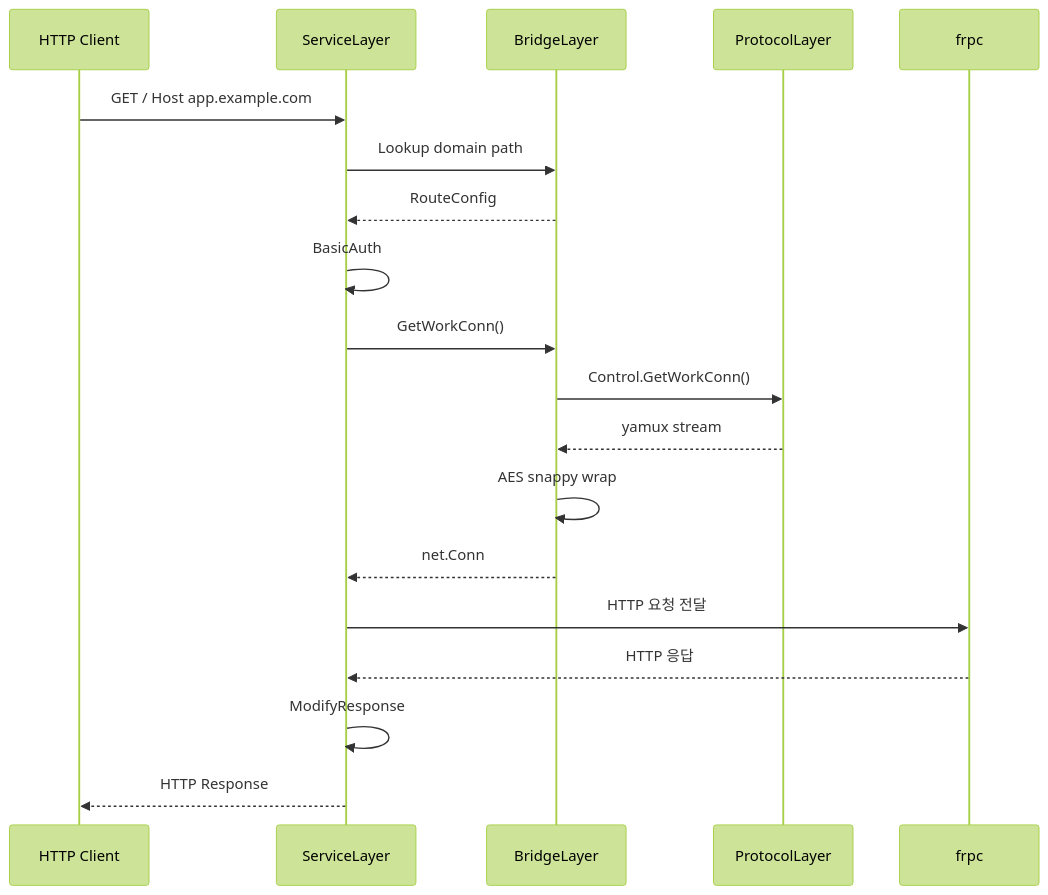
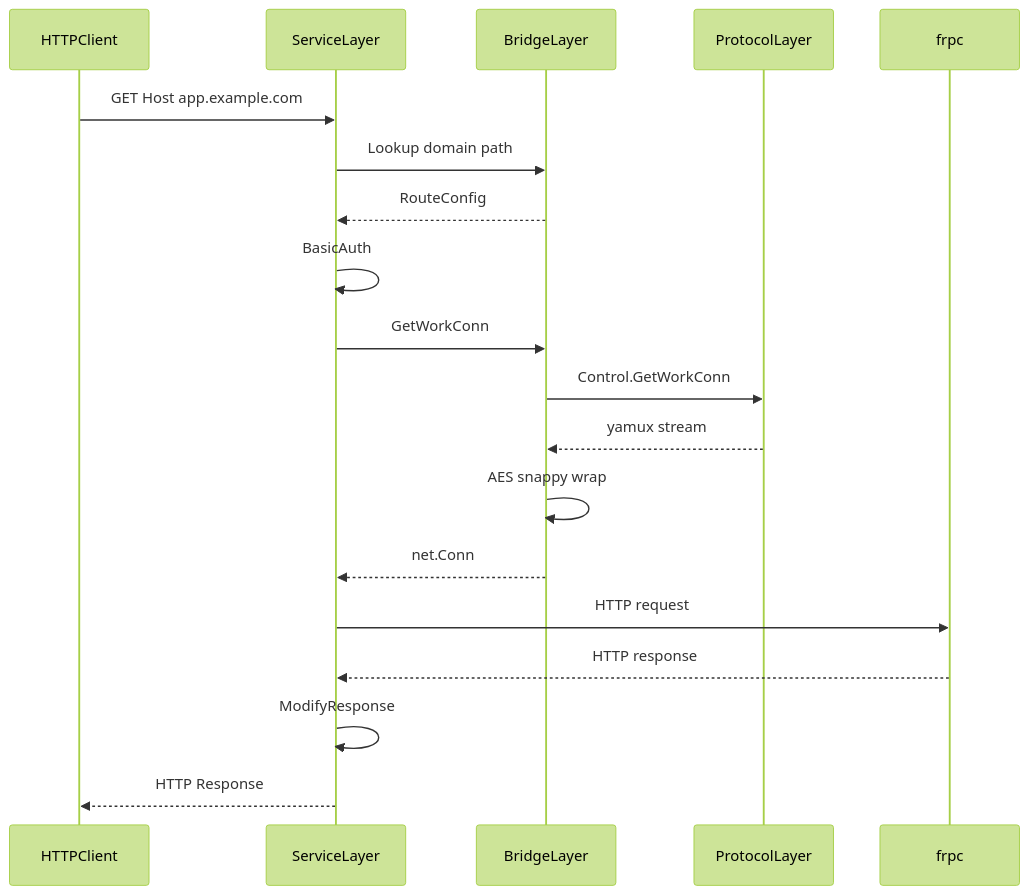
Before and after one commit to cagojeiger/drp: the second of 4 diagrams in docs/architecture/overview.md, drawn with Mermaid (forest theme). The commit also changed other lines of this file and 3 other files, not shown here.

First line of the commit message:
fix(docs): rewrite all Mermaid diagrams for VS Code compatibility

````diff
--- a/docs/architecture/overview.md
+++ b/docs/architecture/overview.md
@@ -43,22 +43,22 @@
 ```mermaid
 sequenceDiagram
-    participant C as HTTP Client
+    participant C as HTTPClient
     participant S as ServiceLayer
     participant B as BridgeLayer
     participant P as ProtocolLayer
     participant F as frpc
 
-    C->>S: GET / Host app.example.com
+    C->>S: GET Host app.example.com
     S->>B: Lookup domain path
     B-->>S: RouteConfig
     S->>S: BasicAuth
-    S->>B: GetWorkConn()
-    B->>P: Control.GetWorkConn()
+    S->>B: GetWorkConn
+    B->>P: Control.GetWorkConn
     P-->>B: yamux stream
     B->>B: AES snappy wrap
     B-->>S: net.Conn
-    S->>F: HTTP 요청 전달
-    F-->>S: HTTP 응답
+    S->>F: HTTP request
+    F-->>S: HTTP response
     S->>S: ModifyResponse
     S-->>C: HTTP Response
 ```
````
